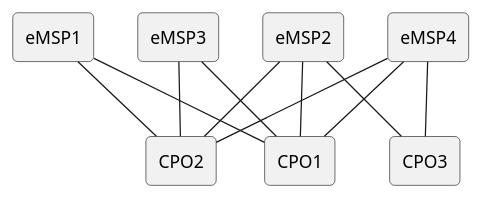
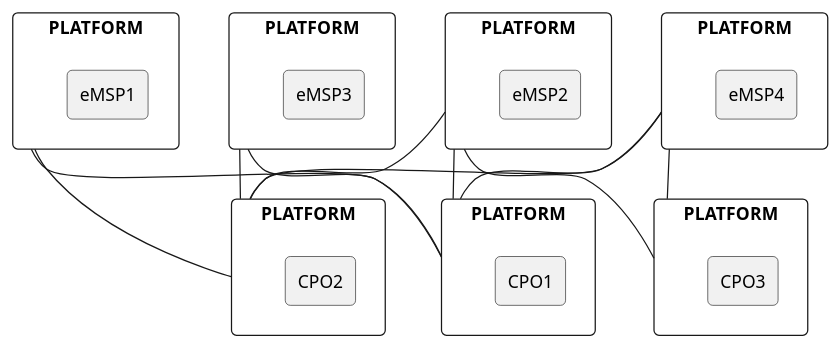
The diagram in plantuml/architecture_multiple_direct.plantuml (ocpi/ocpi), drawn with PlantUML before and after one commit. The commit also changed 13 other files, not shown here.

Commit message:
Minor improvements to the topology diagrams to make them more consistent

```diff
--- a/plantuml/architecture_multiple_direct.plantuml
+++ b/plantuml/architecture_multiple_direct.plantuml
@@ -1,25 +1,50 @@
 @startuml
 
 skinparam agent {
 	roundCorner 8
 }
 
-agent eMSP1
-agent eMSP2
-agent eMSP3
-agent eMSP4
-agent CPO1
-agent CPO2
-agent CPO3
-eMSP1 -- CPO1
-eMSP2 -- CPO2
-eMSP1 -- CPO2
-eMSP2 -- CPO1
-eMSP2 -- CPO3
-eMSP3 -- CPO1
-eMSP3 -- CPO2
-eMSP4 -- CPO1
-eMSP4 -- CPO2
-eMSP4 -- CPO3
+skinparam rectangle {
+	roundCorner 8
+}
+
+rectangle PLATFORM as eMSPP1 {
+  agent eMSP1
+}
+
+rectangle PLATFORM as eMSPP2 {
+  agent eMSP2
+}
+
+rectangle PLATFORM as eMSPP3 {
+  agent eMSP3
+}
+
+rectangle PLATFORM as eMSPP4 {
+  agent eMSP4
+}
+
+rectangle PLATFORM as CPOP1 {
+  agent CPO1
+}
+
+rectangle PLATFORM as CPOP2 {
+  agent CPO2
+}
+
+rectangle PLATFORM as CPOP3 {
+  agent CPO3
+}
+
+eMSPP1 -- CPOP1
+eMSPP2 -- CPOP2
+eMSPP1 -- CPOP2
+eMSPP2 -- CPOP1
+eMSPP2 -- CPOP3
+eMSPP3 -- CPOP1
+eMSPP3 -- CPOP2
+eMSPP4 -- CPOP1
+eMSPP4 -- CPOP2
+eMSPP4 -- CPOP3
 
 @enduml
```
